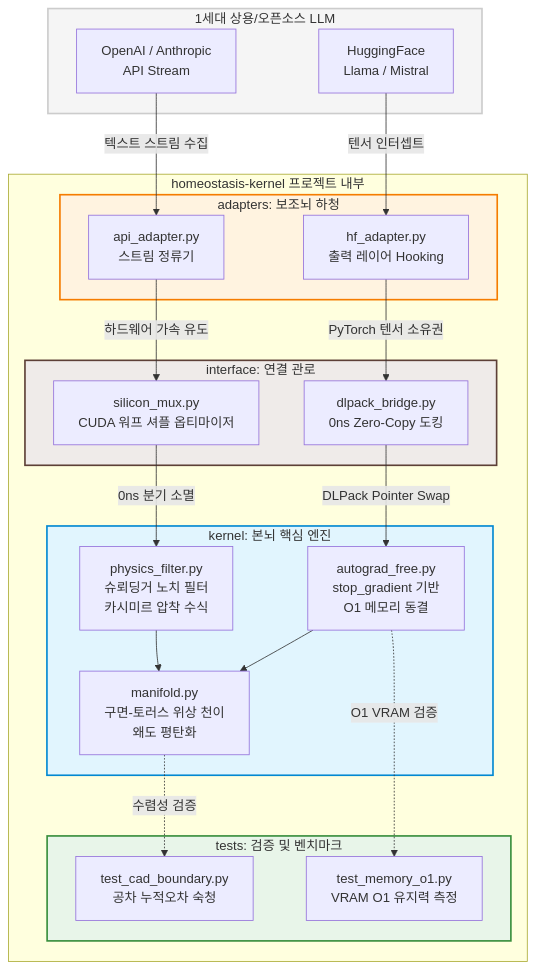
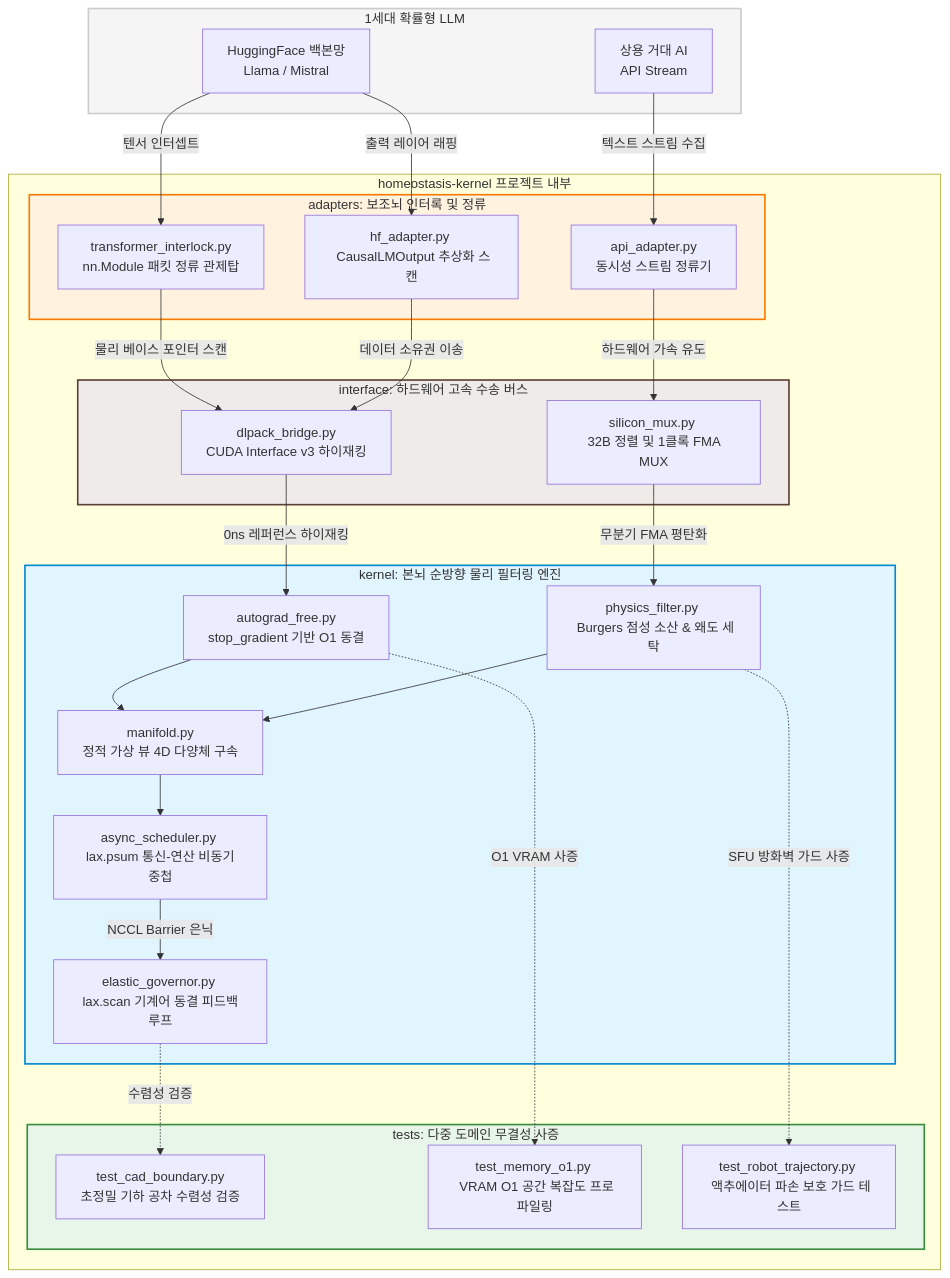
One commit to PJHkorea/homeostasis-kernel changed the second of 2 diagrams in README.md. Above: the diagram before and after it, drawn with Mermaid. The commit also changed other lines of this file, not shown here.

````diff
--- a/README.md
+++ b/README.md
@@ -243,58 +256,70 @@
 ```mermaid
 graph TD
     %% 외부 엔티티 정의
-    subgraph External_LLM [1세대 상용/오픈소스 LLM]
-        HF[HuggingFace <br> Llama / Mistral]
-        API[OpenAI / Anthropic <br> API Stream]
+    subgraph External_LLM [1세대 확률형 LLM]
+        HF[HuggingFace 백본망 <br> Llama / Mistral]
+        API[상용 거대 AI <br> API Stream]
     end
 
     %% 프로젝트 내부 구조 정의
     subgraph Homeostasis_Kernel [homeostasis-kernel 프로젝트 내부]
         
-        subgraph Adapters [adapters: 보조뇌 하청]
-            H_Adpt[hf_adapter.py <br> 출력 레이어 Hooking]
-            A_Adpt[api_adapter.py <br> 스트림 정류기]
+        subgraph Adapters [adapters: 보조뇌 인터록 및 정류]
+            T_Intlk[transformer_interlock.py <br> nn.Module 패킷 정류 관제탑]
+            H_Adpt[hf_adapter.py <br> CausalLMOutput 추상화 스캔]
+            A_Adpt[api_adapter.py <br> 동시성 스트림 정류기]
         end
 
-        subgraph Interface [interface: 연결 관로]
-            Bridge[dlpack_bridge.py <br> 0ns Zero-Copy 도킹]
-            Mux[silicon_mux.py <br> CUDA 워프 셔플 옵티마이저]
+        subgraph Interface [interface: 하드웨어 고속 수송 버스]
+            Bridge[dlpack_bridge.py <br> CUDA Interface v3 하이재킹]
+            Mux[silicon_mux.py <br> 32B 정렬 및 1클록 FMA MUX]
         end
 
-        subgraph Kernel [kernel: 본뇌 핵심 엔진]
-            P_Filt[physics_filter.py <br> 슈뢰딩거 노치 필터 <br> 카시미르 압착 수식]
-            Manifold[manifold.py <br> 구면-토러스 위상 천이 <br> 왜도 평탄화]
-            AG_Free[autograd_free.py <br> stop_gradient 기반 <br> O1 메모리 동결]
+        subgraph Kernel [kernel: 본뇌 순방향 물리 필터링 엔진]
+            P_Filt[physics_filter.py <br> Burgers 점성 소산 & 왜도 세탁]
+            Manifold[manifold.py <br> 정적 가상 뷰 4D 다양체 구속]
+            AG_Free[autograd_free.py <br> stop_gradient 기반 O1 동결]
+            A_Sched[async_scheduler.py <br> lax.psum 통신-연산 비동기 중첩]
+            E_Gov[elastic_governor.py <br> lax.scan 기계어 동결 피드백 루프]
         end
 
-        subgraph Tests [tests: 검증 및 벤치마크]
-            T_CAD[test_cad_boundary.py <br> 공차 누적오차 숙청]
-            T_Mem[test_memory_o1.py <br> VRAM O1 유지력 측정]
+        subgraph Tests [tests: 다중 도메인 무결성 사증]
+            T_CAD[test_cad_boundary.py <br> 초정밀 기하 공차 수렴성 검증]
+            T_Mem[test_memory_o1.py <br> VRAM O1 공간 복잡도 프로파일링]
+            T_Rob[test_robot_trajectory.py <br> 액추에이터 파손 보호 가드 테스트]
         end
     end
 
     %% 데이터 흐름 연결
-    HF -->|텐서 인터셉트| H_Adpt
+    HF -->|텐서 인터셉트| T_Intlk
+    HF -->|출력 레이어 래핑| H_Adpt
     API -->|텍스트 스트림 수집| A_Adpt
 
-    H_Adpt -->|PyTorch 텐서 소유권| Bridge
+    T_Intlk -->|물리 베이스 포인터 스캔| Bridge
+    H_Adpt -->|데이터 소유권 이송| Bridge
     A_Adpt -->|하드웨어 가속 유도| Mux
 
-    Bridge -->|DLPack Pointer Swap| AG_Free
-    Mux -->|0ns 분기 소멸| P_Filt
+    Bridge -->|0ns 레퍼런스 하이재킹| AG_Free
+    Mux -->|무분기 FMA 평탄화| P_Filt
 
     AG_Free --> Manifold
     P_Filt --> Manifold
+    
+    %% 7차 고도화 동시성 및 루프 동결 결착
+    Manifold --> A_Sched
+    A_Sched -->|NCCL Barrier 은닉| E_Gov
 
     %% 테스트 연결
-    Manifold -.->|수렴성 검증| T_CAD
-    AG_Free -.->|O1 VRAM 검증| T_Mem
+    E_Gov -.->|수렴성 검증| T_CAD
+    AG_Free -.->|O1 VRAM 사증| T_Mem
+    P_Filt -.->|SFU 방화벽 가드 사증| T_Rob
 
     %% 스타일링
     style External_LLM fill:#f5f5f5,stroke:#ccc,stroke-width:2px;
     style Kernel fill:#e1f5fe,stroke:#0288d1,stroke-width:2px;
     style Interface fill:#efebe9,stroke:#5d4037,stroke-width:2px;
     style Adapters fill:#fff3e0,stroke:#f57c00,stroke-width:2px;
     style Tests fill:#e8f5e9,stroke:#388e3c,stroke-width:2px;
 
+
 ```
````
